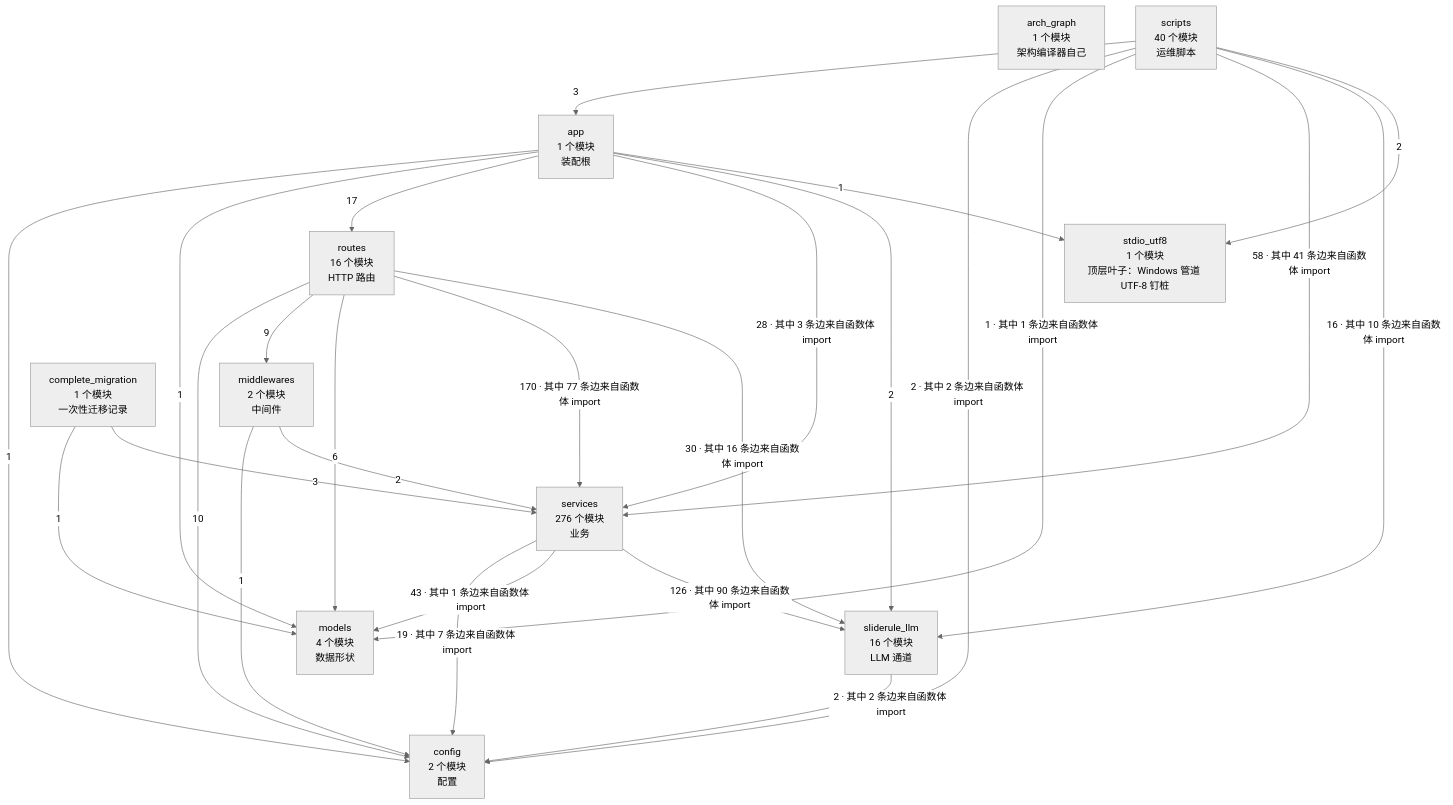
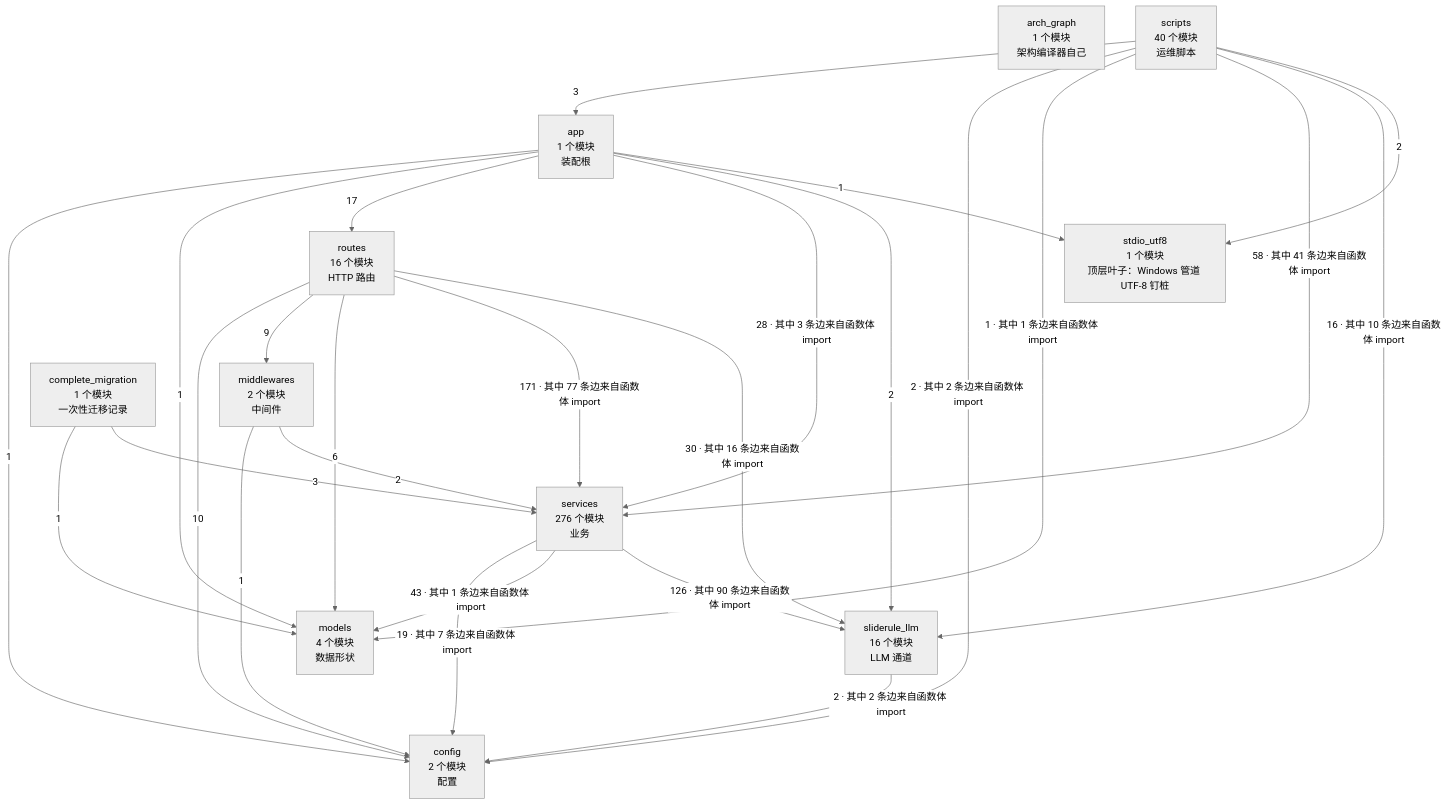
Before and after one commit to 2686521696/WhyBuddy: the second of 4 diagrams in docs/SlideRule V6.2 架构图（自动生成）.md, drawn with Mermaid (neutral theme). The commit also changed other lines of this file and 9 other files, not shown here.

````diff
--- a/docs/SlideRule V6.2 架构图（自动生成）.md
+++ b/docs/SlideRule V6.2 架构图（自动生成）.md
@@ -62,39 +62,39 @@
 ```mermaid
 flowchart TB
   arch_graph["arch_graph<br/>1 个模块<br/>架构编译器自己"]
   config["config<br/>2 个模块<br/>配置"]
   models["models<br/>4 个模块<br/>数据形状"]
   stdio_utf8["stdio_utf8<br/>1 个模块<br/>顶层叶子：Windows 管道 UTF-8 钉桩"]
   sliderule_llm["sliderule_llm<br/>16 个模块<br/>LLM 通道"]
   middlewares["middlewares<br/>2 个模块<br/>中间件"]
   services["services<br/>276 个模块<br/>业务"]
   routes["routes<br/>16 个模块<br/>HTTP 路由"]
   app["app<br/>1 个模块<br/>装配根"]
   complete_migration["complete_migration<br/>1 个模块<br/>一次性迁移记录"]
   scripts["scripts<br/>40 个模块<br/>运维脚本"]
   app -->|1| config
   app -->|1| models
   app -->|17| routes
   app -->|28 · 其中 3 条边来自函数体 import| services
   app -->|2| sliderule_llm
   app -->|1| stdio_utf8
   complete_migration -->|1| models
   complete_migration -->|3| services
   middlewares -->|1| config
   middlewares -->|2| services
   routes -->|10| config
   routes -->|9| middlewares
   routes -->|6| models
-  routes -->|170 · 其中 77 条边来自函数体 import| services
+  routes -->|171 · 其中 77 条边来自函数体 import| services
   routes -->|30 · 其中 16 条边来自函数体 import| sliderule_llm
   scripts -->|3| app
   scripts -->|2 · 其中 2 条边来自函数体 import| config
   scripts -->|1 · 其中 1 条边来自函数体 import| models
   scripts -->|58 · 其中 41 条边来自函数体 import| services
   scripts -->|16 · 其中 10 条边来自函数体 import| sliderule_llm
   scripts -->|2| stdio_utf8
   services -->|19 · 其中 7 条边来自函数体 import| config
   services -->|43 · 其中 1 条边来自函数体 import| models
   services -->|126 · 其中 90 条边来自函数体 import| sliderule_llm
   sliderule_llm -->|2 · 其中 2 条边来自函数体 import| config
 ```
````
